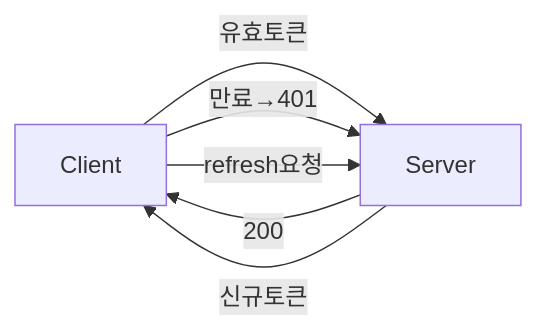
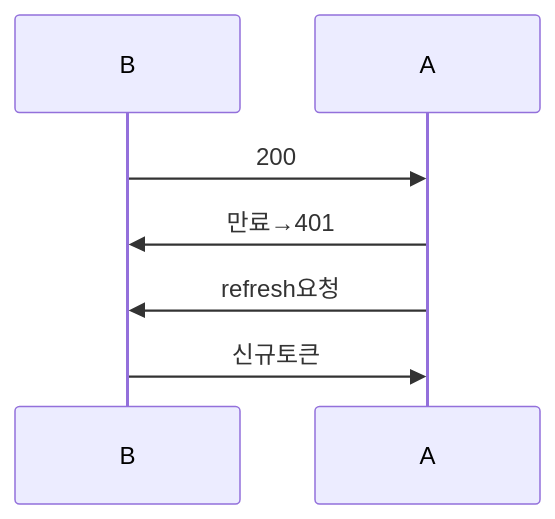
The fourth of 7 diagrams in _posts/spring/2026-05-02-spring-security-deep.md (yjkim2015/yjkim2015.github.io), drawn with Mermaid before and after one commit. The commit also changed other lines of this file and 89 other files, not shown here.

First line of the commit message:
복잡한 flowchart 163개 → sequenceDiagram 변환 (90파일)

````diff
--- a/_posts/spring/2026-05-02-spring-security-deep.md
+++ b/_posts/spring/2026-05-02-spring-security-deep.md
@@ -333,8 +333,7 @@
 ```mermaid
-graph LR
-    A[Client] -->|유효토큰| B[Server]
-    B -->|200| A
-    A -->|만료→401| B
-    A -->|refresh요청| B
-    B -->|신규토큰| A
+sequenceDiagram
+    B->>A: 200
+    A->>B: 만료→401
+    A->>B: refresh요청
+    B->>A: 신규토큰
 ```
````
